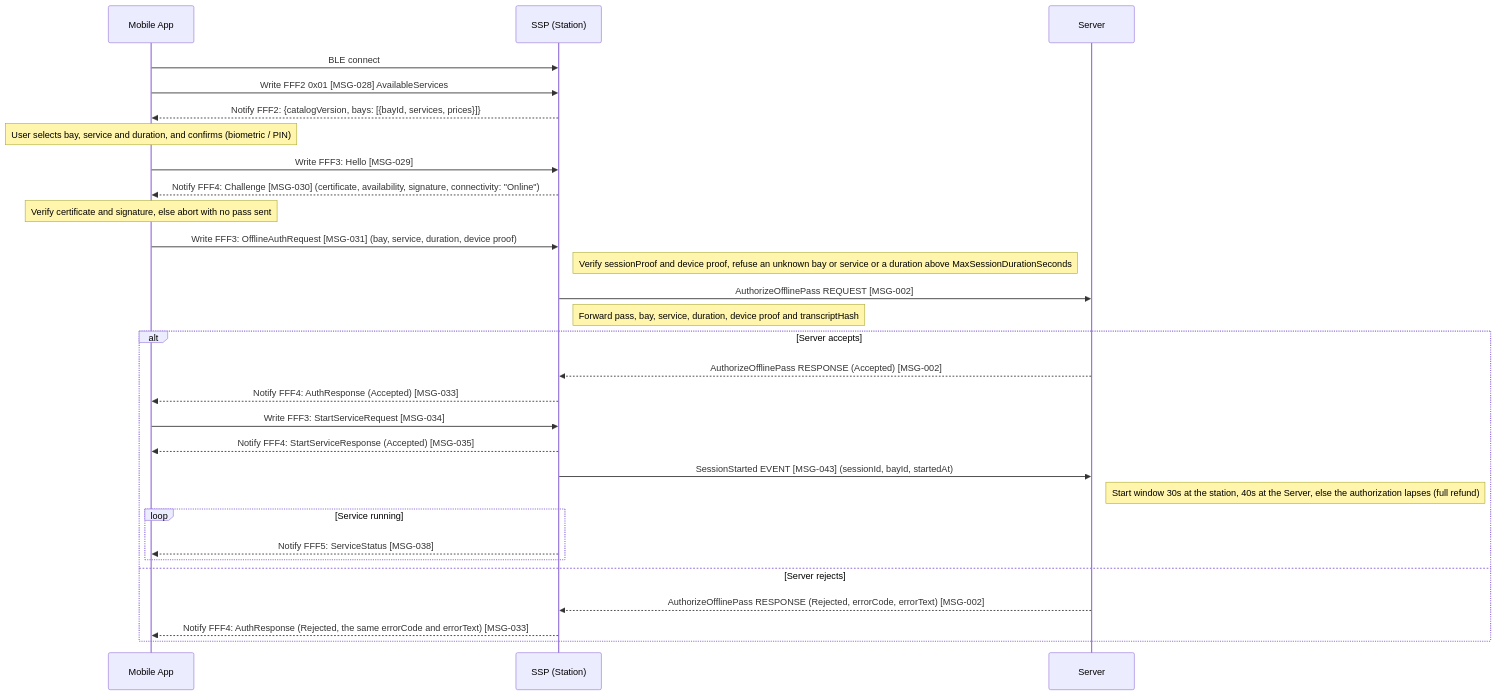
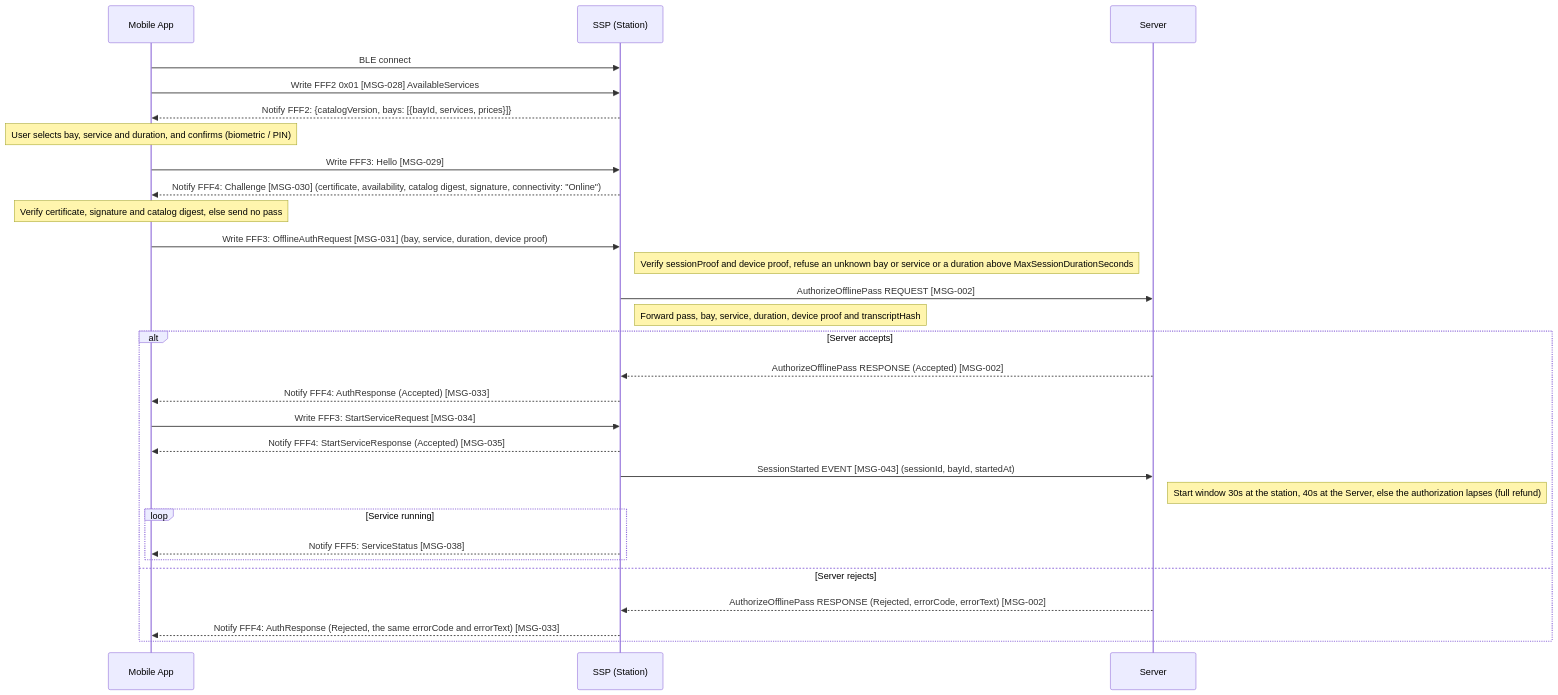
The seventh of 19 diagrams in spec/04-flows.md (ospp-org/spec), drawn with Mermaid before and after one commit. The commit also changed other lines of this file and 29 other files, not shown here.

````diff
--- a/spec/04-flows.md
+++ b/spec/04-flows.md
@@ -948,37 +947,37 @@
 ```mermaid
 sequenceDiagram
     participant App as Mobile App
     participant SSP as SSP (Station)
     participant Server
 
     App->>SSP: BLE connect
     App->>SSP: Write FFF2 0x01 [MSG-028] AvailableServices
     SSP-->>App: Notify FFF2: {catalogVersion, bays: [{bayId, services, prices}]}
     Note over App: User selects bay, service and duration, and confirms (biometric / PIN)
     App->>SSP: Write FFF3: Hello [MSG-029]
-    SSP-->>App: Notify FFF4: Challenge [MSG-030] (certificate, availability, signature, connectivity: "Online")
-    Note over App: Verify certificate and signature, else abort with no pass sent
+    SSP-->>App: Notify FFF4: Challenge [MSG-030] (certificate, availability, catalog digest, signature, connectivity: "Online")
+    Note over App: Verify certificate, signature and catalog digest, else send no pass
 
     App->>SSP: Write FFF3: OfflineAuthRequest [MSG-031] (bay, service, duration, device proof)
     Note right of SSP: Verify sessionProof and device proof, refuse an unknown bay or service or a duration above MaxSessionDurationSeconds
 
     SSP->>Server: AuthorizeOfflinePass REQUEST [MSG-002]
     Note right of SSP: Forward pass, bay, service, duration, device proof and transcriptHash
 
     alt Server accepts
         Server-->>SSP: AuthorizeOfflinePass RESPONSE (Accepted) [MSG-002]
         SSP-->>App: Notify FFF4: AuthResponse (Accepted) [MSG-033]
         App->>SSP: Write FFF3: StartServiceRequest [MSG-034]
         SSP-->>App: Notify FFF4: StartServiceResponse (Accepted) [MSG-035]
         SSP->>Server: SessionStarted EVENT [MSG-043] (sessionId, bayId, startedAt)
         Note right of Server: Start window 30s at the station, 40s at the Server, else the authorization lapses (full refund)
 
         loop Service running
             SSP-->>App: Notify FFF5: ServiceStatus [MSG-038]
         end
 
     else Server rejects
         Server-->>SSP: AuthorizeOfflinePass RESPONSE (Rejected, errorCode, errorText) [MSG-002]
         SSP-->>App: Notify FFF4: AuthResponse (Rejected, the same errorCode and errorText) [MSG-033]
     end
 ```
````
